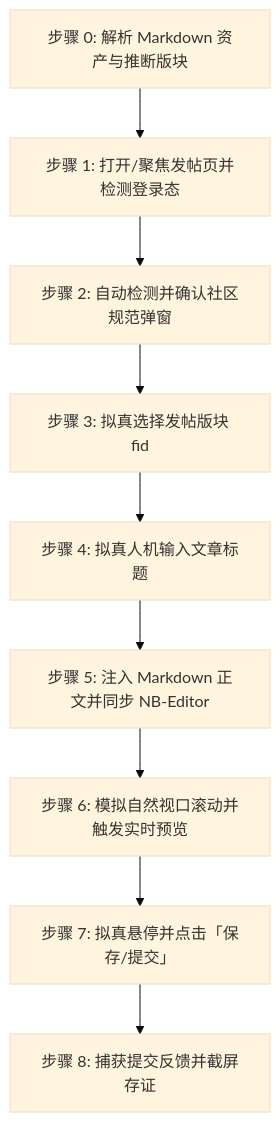
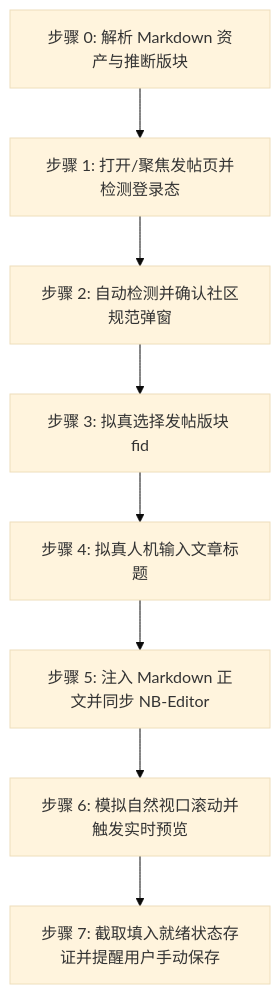
The diagram in skills/doudou-linuxsb/SKILL.md (undsky/doudou-publish-skills), drawn with Mermaid (base theme) before and after one commit. The commit also changed other lines of this file and 2 other files, not shown here.

````diff
--- a/skills/doudou-linuxsb/SKILL.md
+++ b/skills/doudou-linuxsb/SKILL.md
@@ -52,11 +57,10 @@
 ```mermaid
 flowchart TD
     S0[步骤 0: 解析 Markdown 资产与推断版块] --> S1[步骤 1: 打开/聚焦发帖页并检测登录态]
     S1 --> S2[步骤 2: 自动检测并确认社区规范弹窗]
     S2 --> S3[步骤 3: 拟真选择发帖版块 fid]
     S3 --> S4[步骤 4: 拟真人机输入文章标题]
     S4 --> S5[步骤 5: 注入 Markdown 正文并同步 NB-Editor]
     S5 --> S6[步骤 6: 模拟自然视口滚动并触发实时预览]
-    S6 --> S7[步骤 7: 拟真悬停并点击「保存/提交」]
-    S7 --> S8[步骤 8: 捕获提交反馈并截屏存证]
+    S6 --> S7[步骤 7: 截取填入就绪状态存证并提醒用户手动保存]
 ```
````
